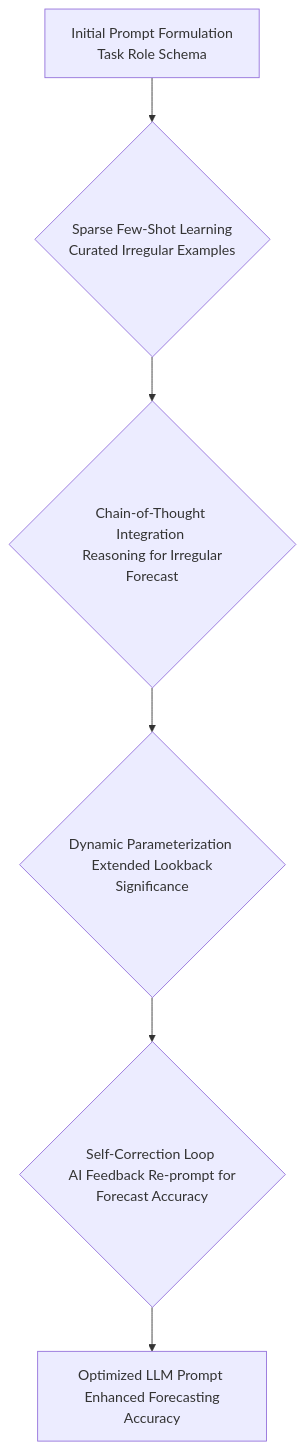
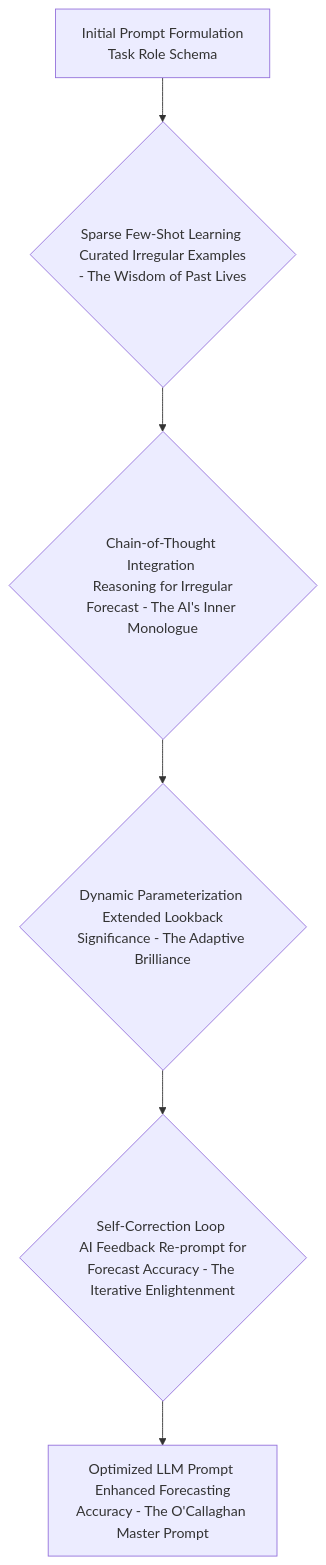
Before and after one commit to diplomat-bit/Citibank_Demo_Business_Inc_Demonstration-: the fourth of 10 diagrams in inventions/inventions/006_ai_subscription_detection/008_ai_irregular_expense_prediction.md, drawn with Mermaid. The commit also changed other lines of this file, not shown here.

````diff
--- a/inventions/inventions/006_ai_subscription_detection/008_ai_irregular_expense_prediction.md
+++ b/inventions/inventions/006_ai_subscription_detection/008_ai_irregular_expense_prediction.md
@@ -185,8 +186,8 @@
 ```mermaid
 graph TD
-    A[Initial Prompt Formulation <br/> Task Role Schema] --> B{Sparse Few-Shot Learning <br/> Curated Irregular Examples}
-    B --> C{Chain-of-Thought Integration <br/> Reasoning for Irregular Forecast}
-    C --> D{Dynamic Parameterization <br/> Extended Lookback Significance}
-    D --> E{Self-Correction Loop <br/> AI Feedback Re-prompt for Forecast Accuracy}
-    E --> F[Optimized LLM Prompt <br/> Enhanced Forecasting Accuracy]
+    A[Initial Prompt Formulation <br/> Task Role Schema] --> B{Sparse Few-Shot Learning <br/> Curated Irregular Examples - The Wisdom of Past Lives}
+    B --> C{Chain-of-Thought Integration <br/> Reasoning for Irregular Forecast - The AI's Inner Monologue}
+    C --> D{Dynamic Parameterization <br/> Extended Lookback Significance - The Adaptive Brilliance}
+    D --> E{Self-Correction Loop <br/> AI Feedback Re-prompt for Forecast Accuracy - The Iterative Enlightenment}
+    E --> F[Optimized LLM Prompt <br/> Enhanced Forecasting Accuracy - The O'Callaghan Master Prompt]
 ```
````
